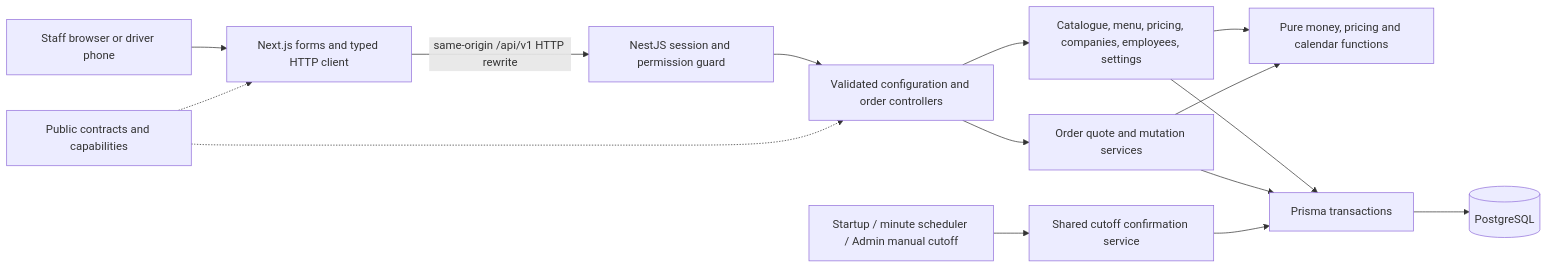
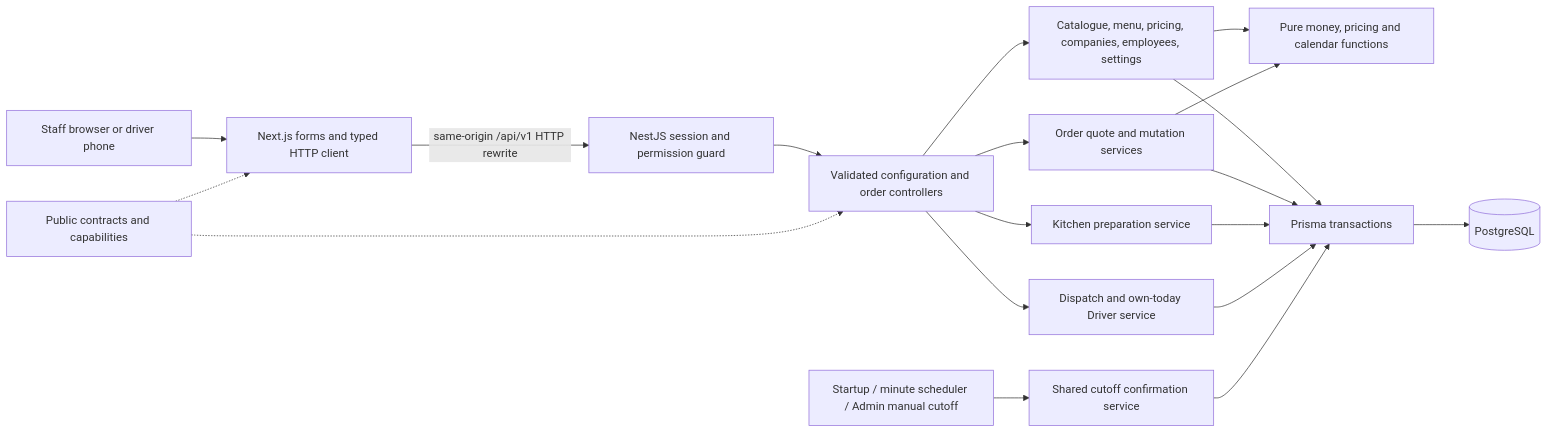
The first of 7 diagrams in docs/architecture.md (dishitabuilds/fernleaf-kitchen), drawn with Mermaid before and after one commit. The commit also changed other lines of this file and 59 other files, not shown here.

````diff
--- a/docs/architecture.md
+++ b/docs/architecture.md
@@ -7,17 +7,21 @@
 ```mermaid
 flowchart LR
     Staff[Staff browser or driver phone] --> Web[Next.js forms and typed HTTP client]
     Web -->|same-origin /api/v1 HTTP rewrite| Guard[NestJS session and permission guard]
     Guard --> Controllers[Validated configuration and order controllers]
     Controllers --> Services[Catalogue, menu, pricing, companies, employees, settings]
     Controllers --> Orders[Order quote and mutation services]
+    Controllers --> Prep[Kitchen preparation service]
+    Controllers --> Drops[Dispatch and own-today Driver service]
     Services --> Rules[Pure money, pricing and calendar functions]
     Orders --> Rules
     Services --> Tx[Prisma transactions]
     Orders --> Tx
+    Prep --> Tx
+    Drops --> Tx
     Trigger[Startup / minute scheduler / Admin manual cutoff] --> Cutoff[Shared cutoff confirmation service]
     Cutoff --> Tx
     Tx --> DB[(PostgreSQL)]
     Contracts[Public contracts and capabilities] -.-> Web
     Contracts -.-> Controllers
 ```
````
